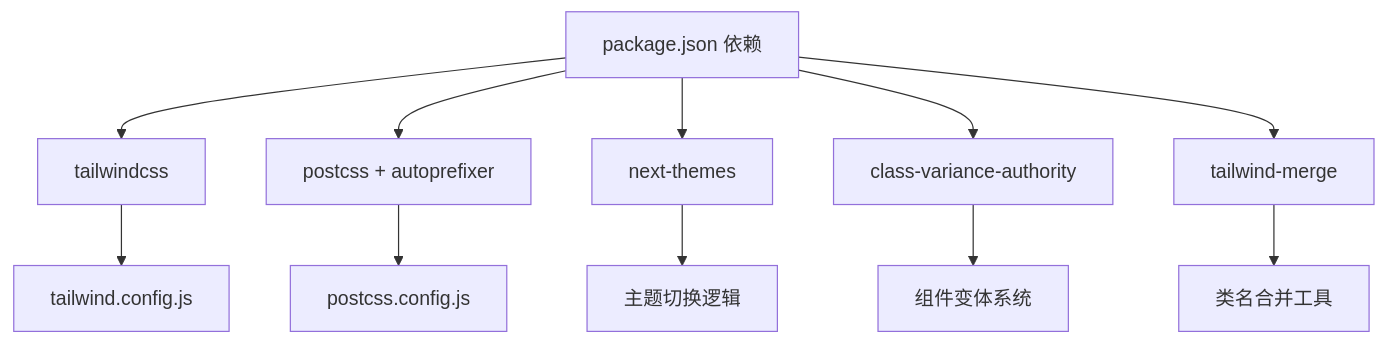
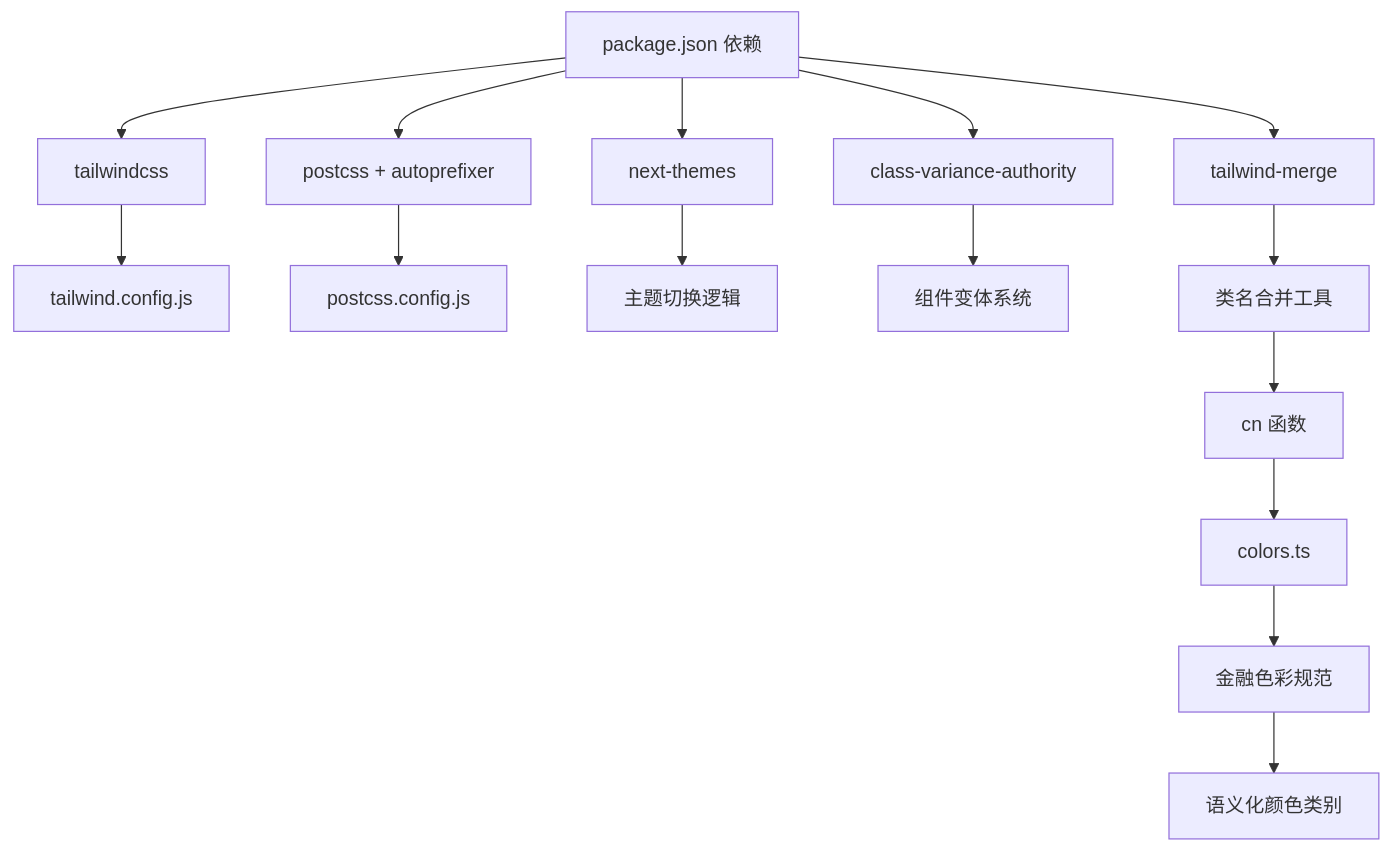
The tenth of 10 diagrams in .qoder/repowiki/zh/content/前端应用文档/样式系统与主题.md (youkell85/FundTrader), drawn with Mermaid before and after one commit. The commit also changed other lines of this file and 11 other files, not shown here.

````diff
--- a/.qoder/repowiki/zh/content/前端应用文档/样式系统与主题.md
+++ b/.qoder/repowiki/zh/content/前端应用文档/样式系统与主题.md
@@ -263,13 +398,17 @@
 ```mermaid
 graph TB
 Pkg["package.json 依赖"] --> TW["tailwindcss"]
 Pkg --> PC["postcss + autoprefixer"]
 Pkg --> NT["next-themes"]
 Pkg --> CVA["class-variance-authority"]
 Pkg --> TM["tailwind-merge"]
 TW --> CFG["tailwind.config.js"]
 PC --> PCFG["postcss.config.js"]
 NT --> THEME["主题切换逻辑"]
 CVA --> UI["组件变体系统"]
 TM --> UTIL["类名合并工具"]
+UTIL --> CN["cn 函数"]
+CN --> COLORS["colors.ts"]
+COLORS --> FINANCE["金融色彩规范"]
+FINANCE --> SEMANTIC["语义化颜色类别"]
 ```
````
